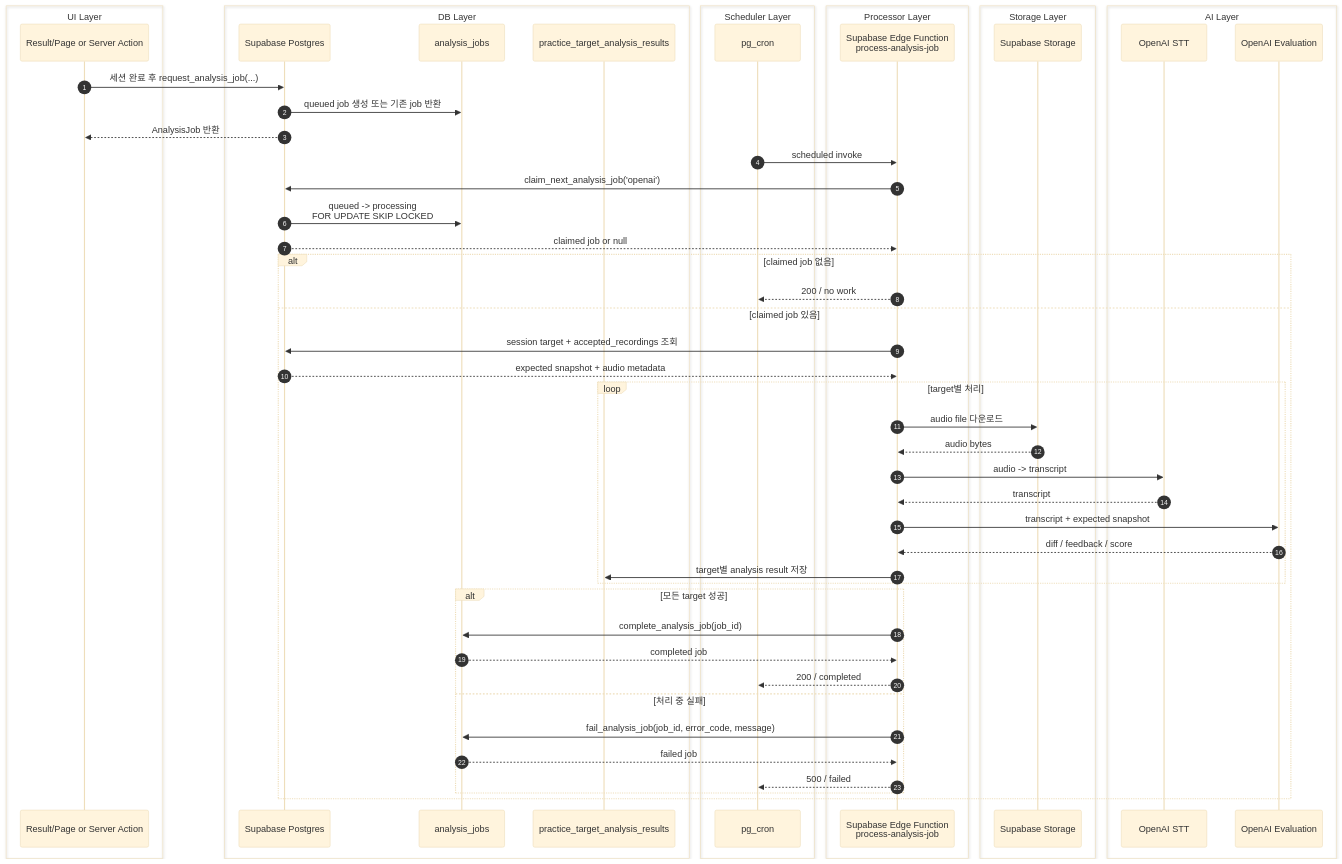
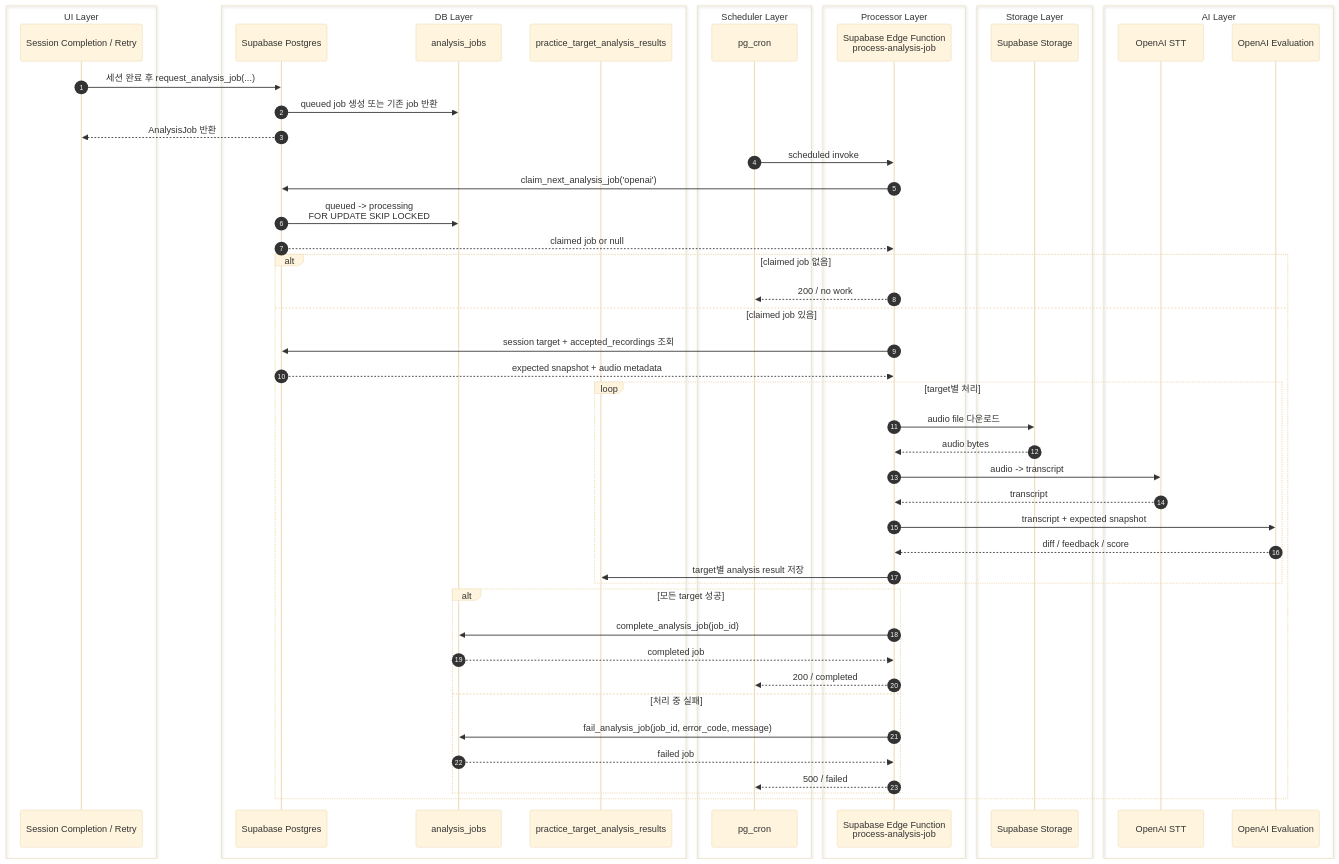
One commit to Yelihi/echo changed the diagram in README.md. Above: the diagram before and after it, drawn with Mermaid (base theme). The commit also changed other lines of this file, not shown here.

````diff
--- a/README.md
+++ b/README.md
@@ -7,70 +129,70 @@
 ```mermaid
 sequenceDiagram
   autonumber
 
   box UI Layer
-    participant UI as Result/Page or Server Action
+    participant UI as Session Completion / Retry
   end
 
   box DB Layer
     participant DB as Supabase Postgres
     participant Jobs as analysis_jobs
     participant Results as practice_target_analysis_results
   end
 
   box Scheduler Layer
     participant Cron as pg_cron
   end
 
   box Processor Layer
     participant Fn as Supabase Edge Function<br/>process-analysis-job
   end
 
   box Storage Layer
     participant Storage as Supabase Storage
   end
 
   box AI Layer
     participant STT as OpenAI STT
     participant Eval as OpenAI Evaluation
   end
 
   UI->>DB: 세션 완료 후 request_analysis_job(...)
   DB->>Jobs: queued job 생성 또는 기존 job 반환
   DB-->>UI: AnalysisJob 반환
 
   Cron->>Fn: scheduled invoke
   Fn->>DB: claim_next_analysis_job('openai')
   DB->>Jobs: queued -> processing<br/>FOR UPDATE SKIP LOCKED
   DB-->>Fn: claimed job or null
 
   alt claimed job 없음
     Fn-->>Cron: 200 / no work
   else claimed job 있음
     Fn->>DB: session target + accepted_recordings 조회
     DB-->>Fn: expected snapshot + audio metadata
 
     loop target별 처리
       Fn->>Storage: audio file 다운로드
       Storage-->>Fn: audio bytes
 
       Fn->>STT: audio -> transcript
       STT-->>Fn: transcript
 
       Fn->>Eval: transcript + expected snapshot
       Eval-->>Fn: diff / feedback / score
 
       Fn->>Results: target별 analysis result 저장
     end
 
     alt 모든 target 성공
       Fn->>Jobs: complete_analysis_job(job_id)
       Jobs-->>Fn: completed job
       Fn-->>Cron: 200 / completed
     else 처리 중 실패
       Fn->>Jobs: fail_analysis_job(job_id, error_code, message)
       Jobs-->>Fn: failed job
       Fn-->>Cron: 500 / failed
     end
   end
 ```
````
